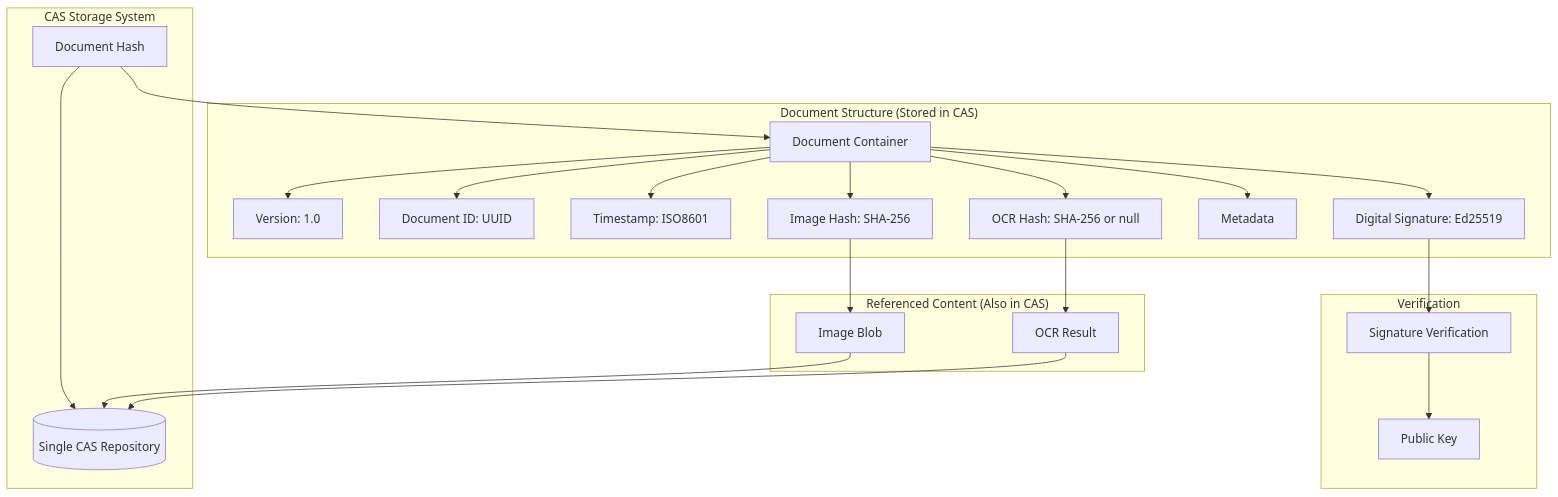
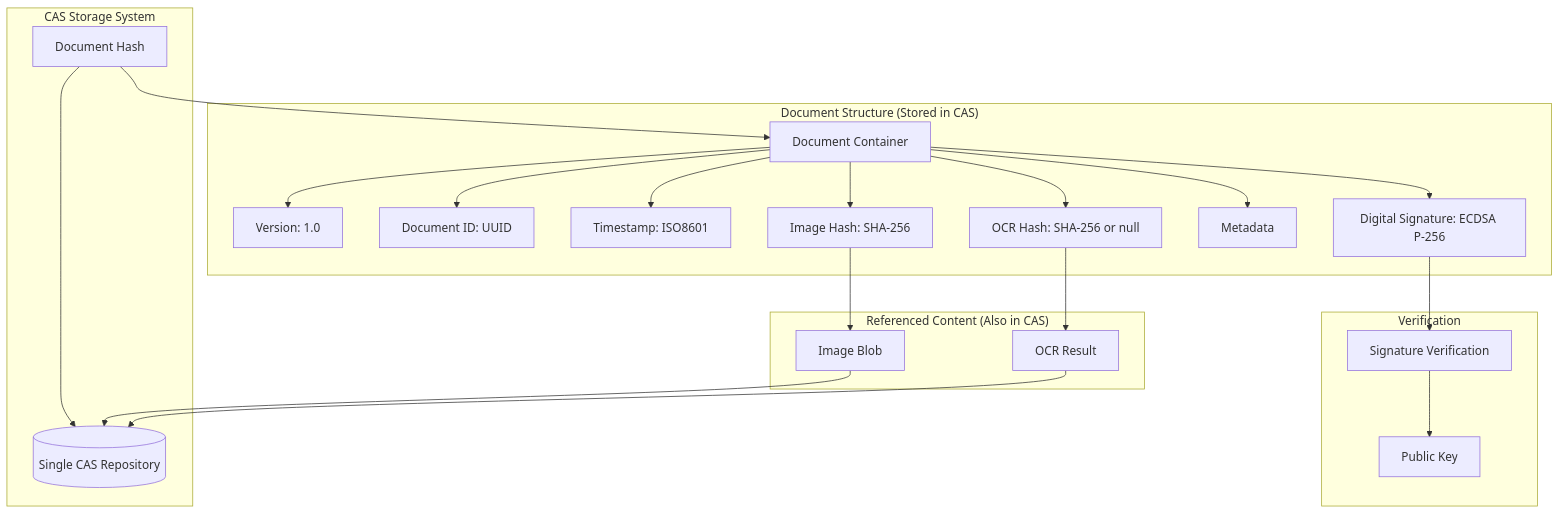
Before and after one commit to o2alexanderfedin/Nolock.social.frontends: the fifth of 24 diagrams in docs/architecture/features/document-scanner/ocr-scanner-architecture.md, drawn with Mermaid. The commit also changed other lines of this file, not shown here.

First line of the commit message:
docs(architecture): improve OCR scanner architecture with async patterns

````diff
--- a/docs/architecture/features/document-scanner/ocr-scanner-architecture.md
+++ b/docs/architecture/features/document-scanner/ocr-scanner-architecture.md
@@ -289,30 +365,30 @@
 ```mermaid
 graph TB
     subgraph "Document Structure (Stored in CAS)"
         DOC[Document Container]
         DOC --> VER[Version: 1.0]
         DOC --> ID[Document ID: UUID]
         DOC --> TS[Timestamp: ISO8601]
         DOC --> IMG_HASH[Image Hash: SHA-256]
         DOC --> OCR_HASH[OCR Hash: SHA-256 or null]
         DOC --> META[Metadata]
-        DOC --> SIG[Digital Signature: Ed25519]
+        DOC --> SIG[Digital Signature: ECDSA P-256]
     end
     
     subgraph "Referenced Content (Also in CAS)"
         IMG_HASH --> IMG_CAS[Image Blob]
         OCR_HASH --> OCR_CAS[OCR Result]
     end
     
     subgraph "CAS Storage System"
         DOC_HASH[Document Hash] --> DOC
         DOC_HASH --> CAS[(Single CAS Repository)]
         IMG_CAS --> CAS
         OCR_CAS --> CAS
     end
     
     subgraph "Verification"
         SIG --> VERIFY[Signature Verification]
         VERIFY --> PUB_KEY[Public Key]
     end
 ```
````
